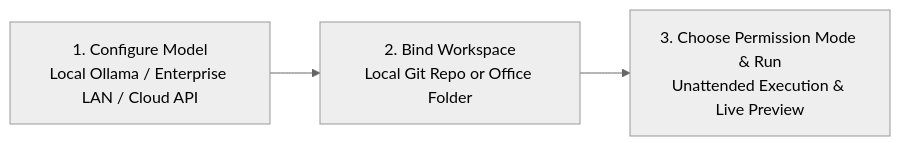
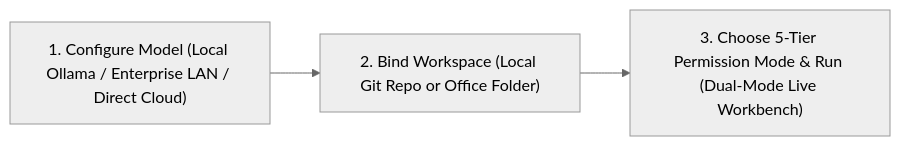
Before and after one commit to HelmAgent/Helm_website: the diagram in docs/en/guide/getting-started.md, drawn with Mermaid (neutral theme). The commit also changed other lines of this file and 57 other files, not shown here.

Commit message:
docs(architecture): add detailed documentation for the 5-Tier Permission Sandbox, Zero-RTT Intent Engine, and Open Ecosystem; include core modules, empirical evidence, and interactive permission modes for enhanced clarity and functionality

````diff
--- a/docs/en/guide/getting-started.md
+++ b/docs/en/guide/getting-started.md
@@ -22,5 +22,5 @@
 ```mermaid
 flowchart LR
-  S1["1. Configure Model<br/>Local Ollama / Enterprise LAN / Cloud API"] --> S2["2. Bind Workspace<br/>Local Git Repo or Office Folder"]
-  S2 --> S3["3. Choose Permission Mode & Run<br/>Unattended Execution & Live Preview"]
+  S1["1. Configure Model (Local Ollama / Enterprise LAN / Direct Cloud)"] --> S2["2. Bind Workspace (Local Git Repo or Office Folder)"]
+  S2 --> S3["3. Choose 5-Tier Permission Mode & Run (Dual-Mode Live Workbench)"]
 ```
````
